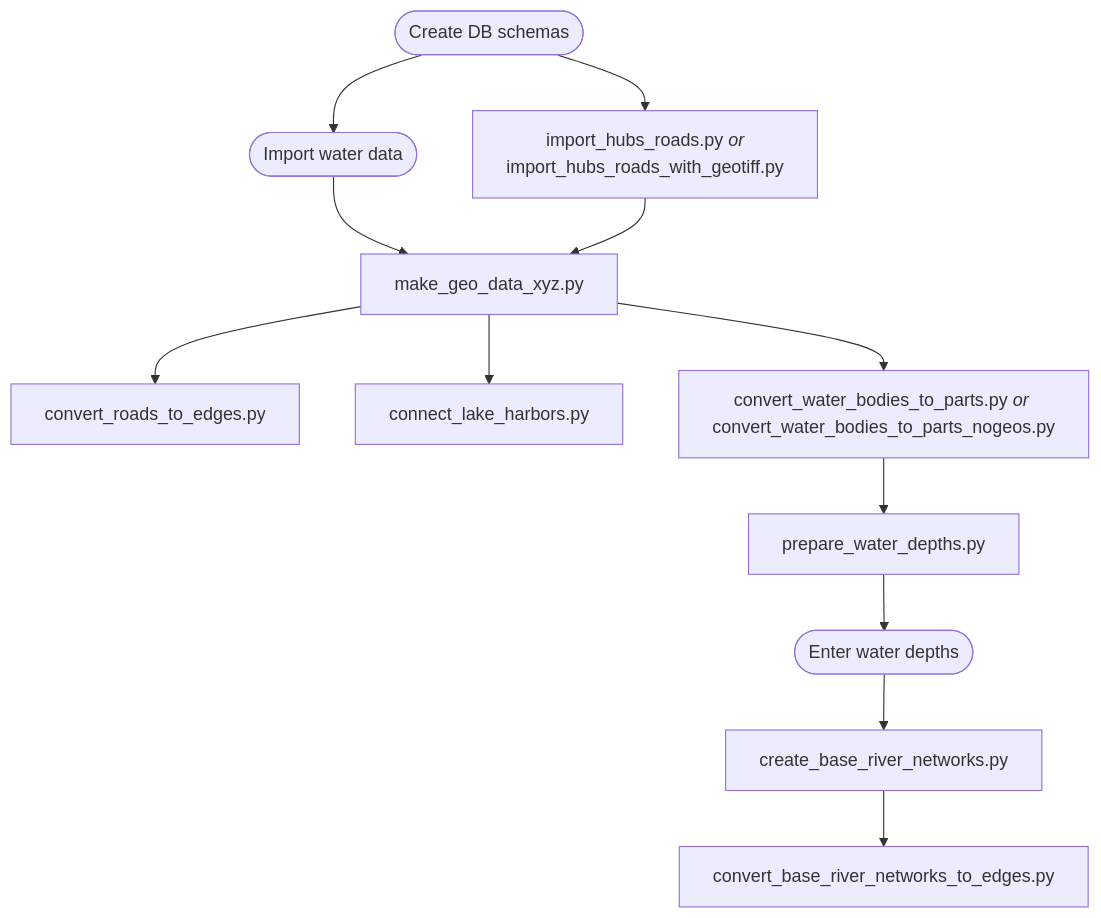
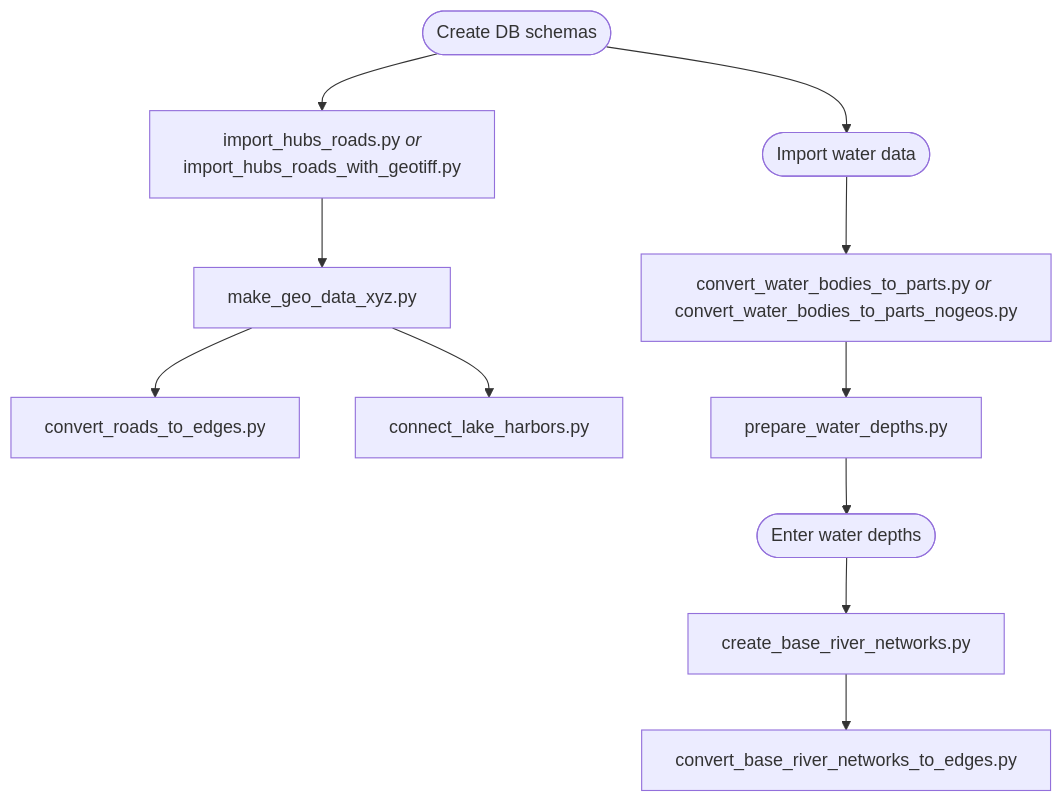
The diagram in precalculation/README.md (Simulation-of-Traffic-and-Transport/SiTT), drawn with Mermaid before and after one commit. The commit also changed 1 other file, not shown here.

Commit message:
XYZ data is not calculated for water bodies and lines for now - too much trouble later and we will calculate point heights later on anyway in order to get the slope of the river.

````diff
--- a/precalculation/README.md
+++ b/precalculation/README.md
@@ -9,25 +9,25 @@
 ```mermaid
 flowchart TD
     schema(["Create DB schemas"])
     water(["Import water data"])
     hubs_roads["`import_hubs_roads.py *or*
     import_hubs_roads_with_geotiff.py`"]
     geo_data["make_geo_data_xyz.py"]
     convert_roads["convert_roads_to_edges.py"]
     convert_lakes["connect_lake_harbors.py"]
     convert_wb["`convert_water_bodies_to_parts.py *or* convert_water_bodies_to_parts_nogeos.py`"]
     prepare_water_depths["prepare_water_depths.py"]
     enter_depths(["Enter water depths"])
     base_river["create_base_river_networks.py"]
     river_edges["convert_base_river_networks_to_edges.py"]
     
     schema --> water
     schema --> hubs_roads
     
-    water --> geo_data
+
     hubs_roads --> geo_data
     
     geo_data --> convert_roads
     geo_data --> convert_lakes
-    geo_data --> convert_wb --> prepare_water_depths --> enter_depths --> base_river --> river_edges
+    water --> convert_wb --> prepare_water_depths --> enter_depths --> base_river --> river_edges
 ```
````
